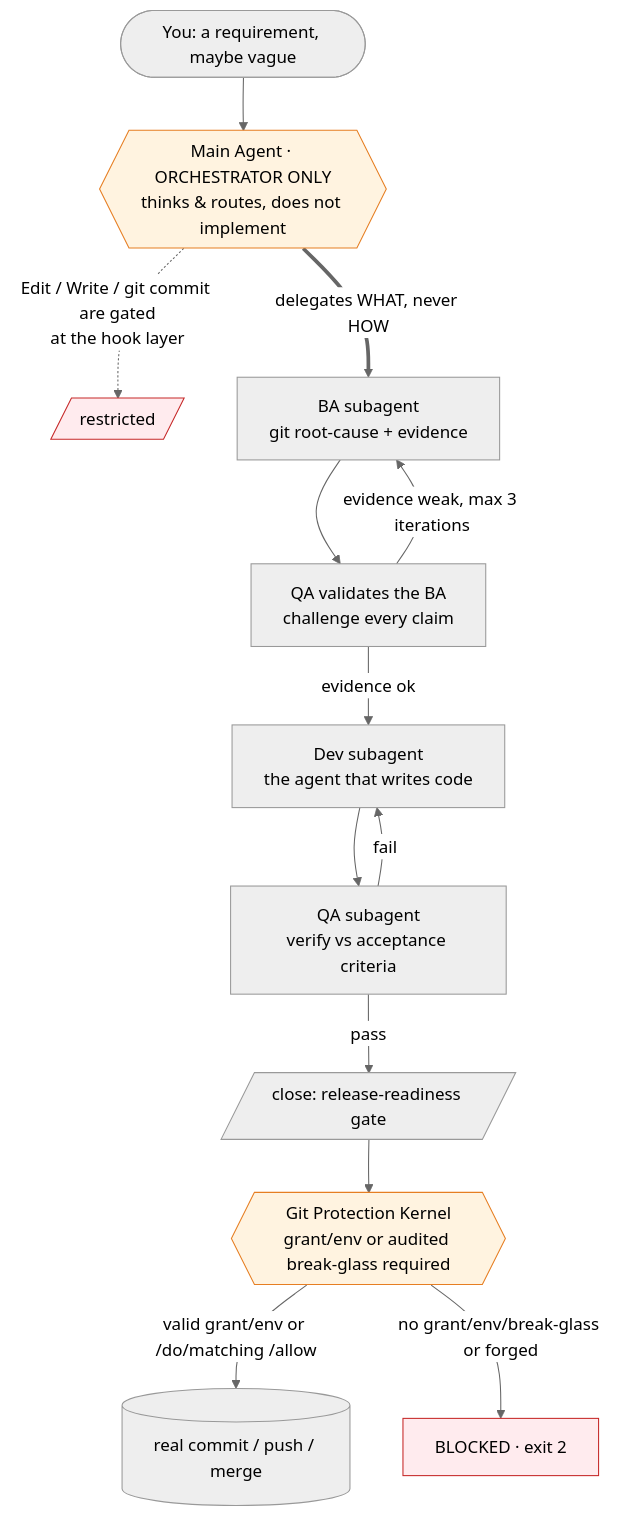
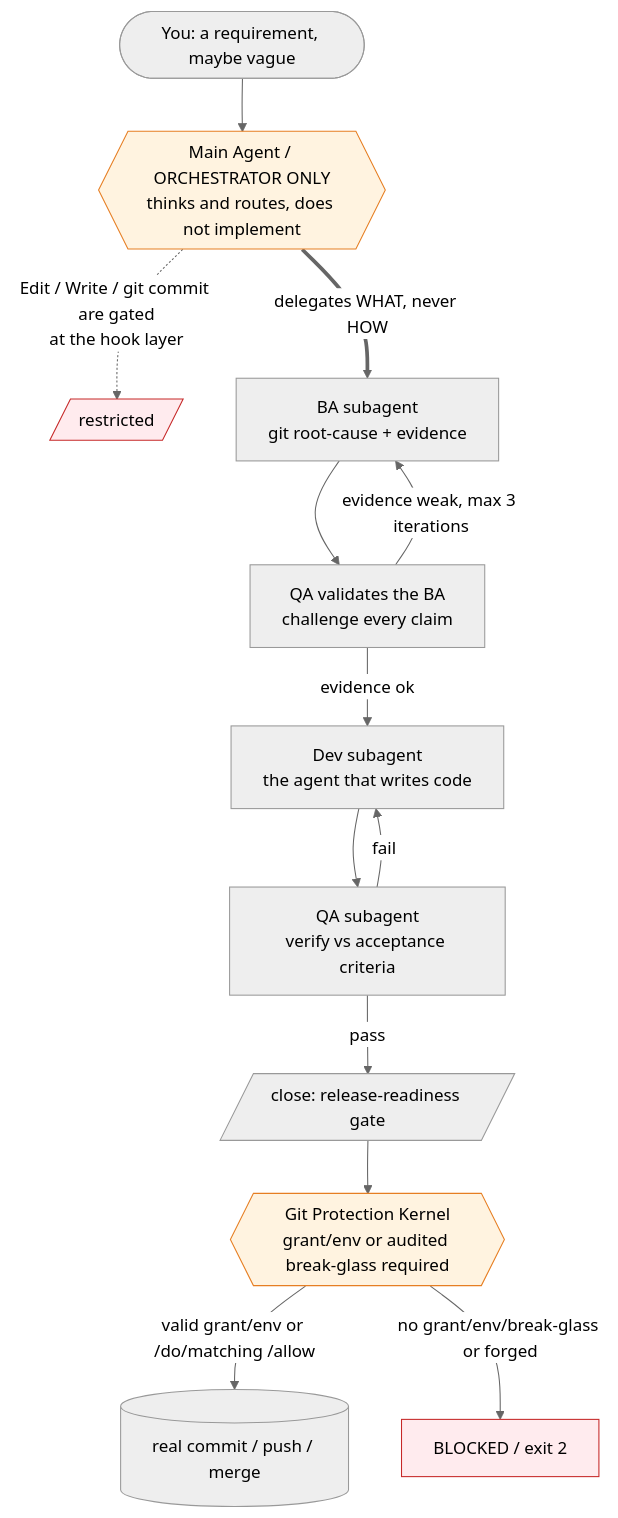
The second of 4 diagrams in README.md (Yugoge/awesome-claude-harness), drawn with Mermaid (neutral theme) before and after one commit. The commit also changed other lines of this file and 17 other files, not shown here.

````diff
--- a/README.md
+++ b/README.md
@@ -82,23 +82,23 @@
 ```mermaid
 flowchart TD
-    U([You: a requirement, maybe vague]) --> O{{Main Agent · ORCHESTRATOR ONLY<br/>thinks &amp; routes, does not implement}}
+    U([You: a requirement, maybe vague]) --> O{{Main Agent / ORCHESTRATOR ONLY<br/>thinks and routes, does not implement}}
 
     O -. "Edit / Write / git commit are gated<br/>at the hook layer" .-> X[/restricted/]
 
     O ==>|delegates WHAT, never HOW| BA[BA subagent<br/>git root-cause + evidence]
     BA --> QV[QA validates the BA<br/>challenge every claim]
     QV -->|evidence ok| DEV[Dev subagent<br/>the agent that writes code]
     QV -->|evidence weak, max 3 iterations| BA
     DEV --> QA[QA subagent<br/>verify vs acceptance criteria]
     QA -->|fail| DEV
     QA -->|pass| CLOSE[/close: release-readiness gate/]
 
     CLOSE --> GATE{{Git Protection Kernel<br/>grant/env or audited break-glass required}}
     GATE -->|valid grant/env or /do/matching /allow| GIT[(real commit / push / merge)]
-    GATE -->|no grant/env/break-glass or forged| BLOCK[BLOCKED · exit 2]
+    GATE -->|no grant/env/break-glass or forged| BLOCK[BLOCKED / exit 2]
 
     classDef restricted fill:#ffebee,stroke:#c62828
     classDef gate fill:#fff3e0,stroke:#e67e22
     class X,BLOCK restricted
     class O,GATE gate
 ```
````
